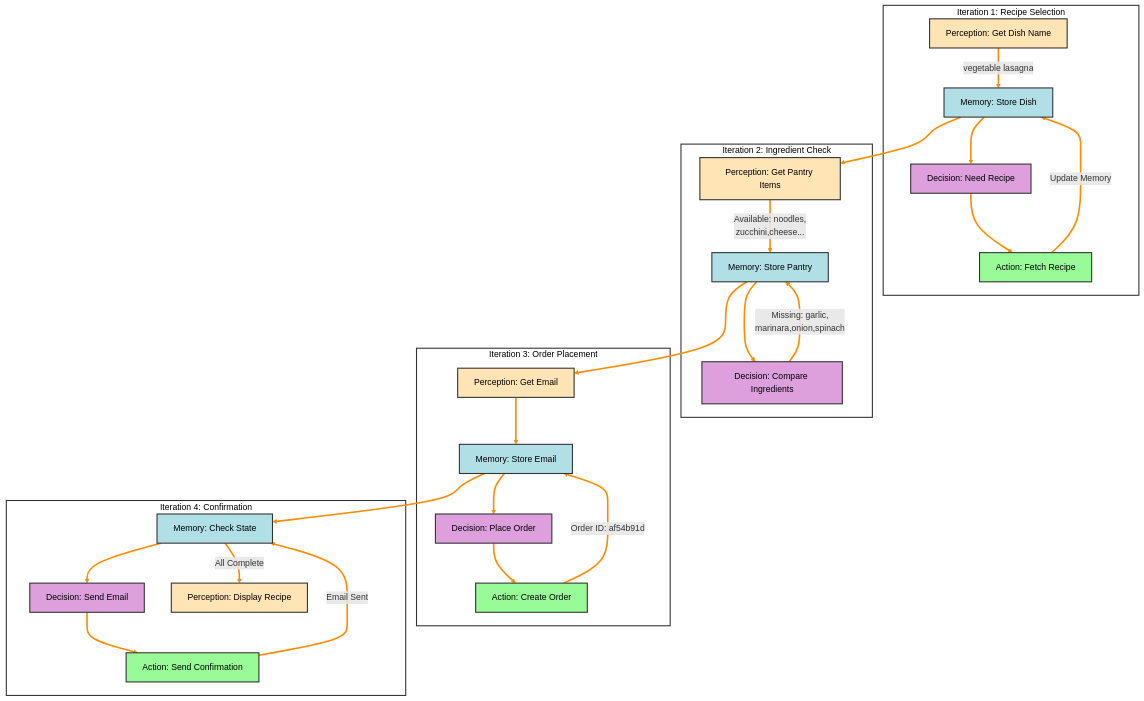
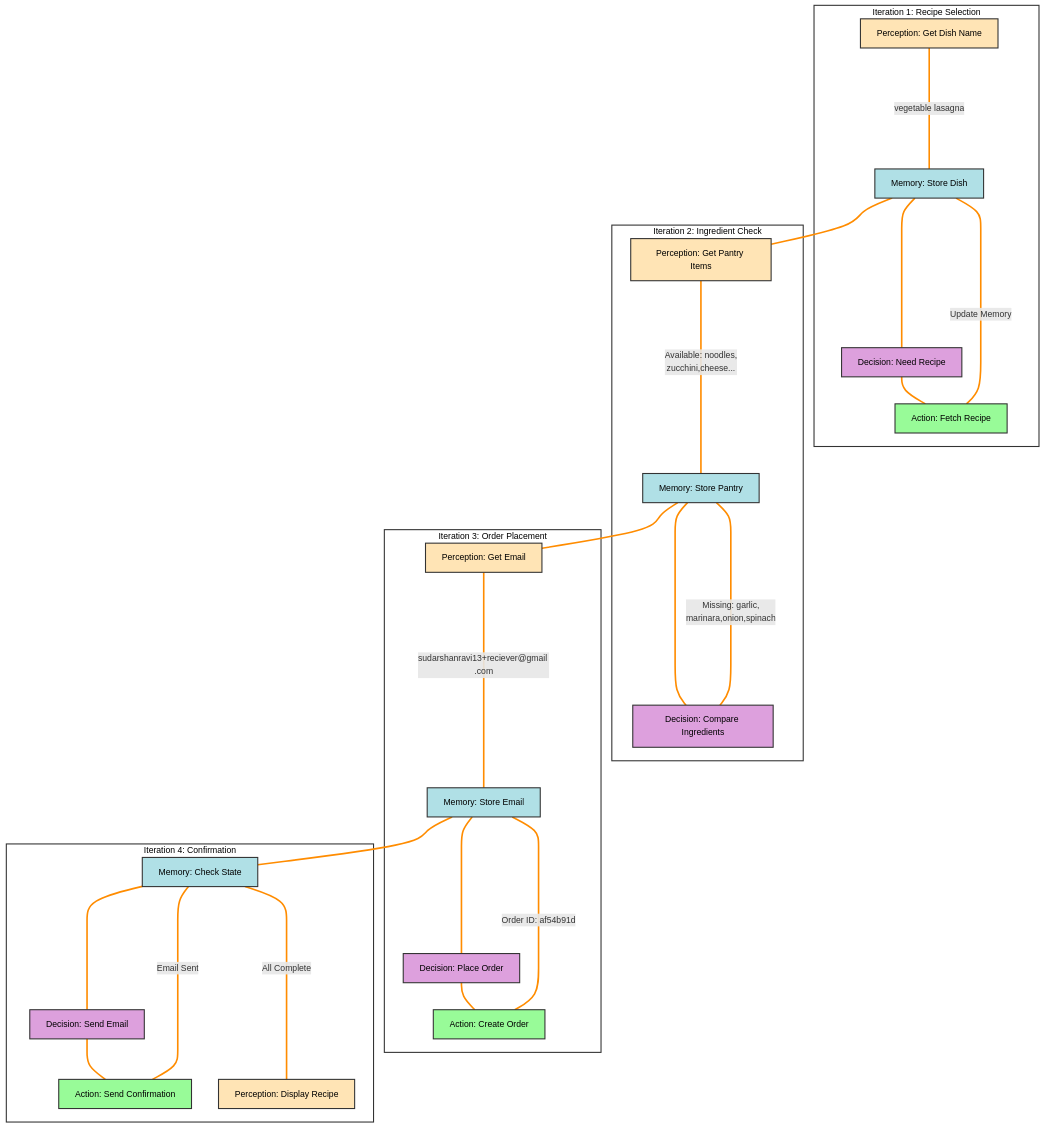
One commit to SXD390/EAG-V1-Assignment-6 changed the third of 3 diagrams in README.md. Above: the diagram before and after it, drawn with Mermaid. The commit also changed other lines of this file, not shown here.

````diff
--- a/README.md
+++ b/README.md
@@ -242,60 +129,60 @@
 ```mermaid
 graph TD
     %% Define arrow styles
     linkStyle default stroke:#ff8c00,stroke-width:3px
 
     subgraph iter1[Iteration 1: Recipe Selection]
-        P1[Perception: Get Dish Name] -->|"vegetable lasagna"| M1[Memory: Store Dish]
-        M1 --> D1[Decision: Need Recipe]
-        D1 --> A1[Action: Fetch Recipe]
-        A1 -->|"Update Memory"| M1
+        P1[Perception: Get Dish Name] ------|"vegetable lasagna"| M1[Memory: Store Dish]
+        M1 --- D1[Decision: Need Recipe]
+        D1 --- A1[Action: Fetch Recipe]
+        A1 ------|"Update Memory"| M1
     end
 
     subgraph iter2[Iteration 2: Ingredient Check]
-        P2[Perception: Get Pantry Items] -->|"Available: noodles,<br/>zucchini,cheese..."| M2[Memory: Store Pantry]
-        M2 --> D2[Decision: Compare Ingredients]
-        D2 -->|"Missing: garlic,<br/>marinara,onion,spinach"| M2
+        P2[Perception: Get Pantry Items] ------|"Available: noodles,<br/>zucchini,cheese..."| M2[Memory: Store Pantry]
+        M2 --- D2[Decision: Compare Ingredients]
+        D2 ------|"Missing: garlic,<br/>marinara,onion,spinach"| M2
     end
 
     subgraph iter3[Iteration 3: Order Placement]
-        P3[Perception: Get Email] -->|"<USER_ENTERS_EMAIL>"| M3[Memory: Store Email]
-        M3 --> D3[Decision: Place Order]
-        D3 --> A3[Action: Create Order]
-        A3 -->|"Order ID: af54b91d"| M3
+        P3[Perception: Get Email] ------|"sudarshanravi13+reciever@gmail .com"| M3[Memory: Store Email]
+        M3 --- D3[Decision: Place Order]
+        D3 --- A3[Action: Create Order]
+        A3 ------|"Order ID: af54b91d"| M3
     end
 
     subgraph iter4[Iteration 4: Confirmation]
-        M4[Memory: Check State] --> D4[Decision: Send Email]
-        D4 --> A4[Action: Send Confirmation]
-        A4 -->|"Email Sent"| M4
-        M4 -->|"All Complete"| P4[Perception: Display Recipe]
+        M4[Memory: Check State] --- D4[Decision: Send Email]
+        D4 --- A4[Action: Send Confirmation]
+        A4 ------|"Email Sent"| M4
+        M4 ------|"All Complete"| P4[Perception: Display Recipe]
     end
 
-    M1 --> P2
-    M2 --> P3
-    M3 --> M4
+    M1 --- P2
+    M2 --- P3
+    M3 --- M4
 
     style P1 fill:#ffe4b5,stroke:#333,stroke-width:2px,color:#000
     style P2 fill:#ffe4b5,stroke:#333,stroke-width:2px,color:#000
     style P3 fill:#ffe4b5,stroke:#333,stroke-width:2px,color:#000
     style P4 fill:#ffe4b5,stroke:#333,stroke-width:2px,color:#000
 
     style M1 fill:#b0e0e6,stroke:#333,stroke-width:2px,color:#000
     style M2 fill:#b0e0e6,stroke:#333,stroke-width:2px,color:#000
     style M3 fill:#b0e0e6,stroke:#333,stroke-width:2px,color:#000
     style M4 fill:#b0e0e6,stroke:#333,stroke-width:2px,color:#000
 
     style D1 fill:#dda0dd,stroke:#333,stroke-width:2px,color:#000
     style D2 fill:#dda0dd,stroke:#333,stroke-width:2px,color:#000
     style D3 fill:#dda0dd,stroke:#333,stroke-width:2px,color:#000
     style D4 fill:#dda0dd,stroke:#333,stroke-width:2px,color:#000
 
     style A1 fill:#98fb98,stroke:#333,stroke-width:2px,color:#000
     style A3 fill:#98fb98,stroke:#333,stroke-width:2px,color:#000
     style A4 fill:#98fb98,stroke:#333,stroke-width:2px,color:#000
 
     style iter1 fill:#ffffff,stroke:#333,stroke-width:2px,color:#000
     style iter2 fill:#ffffff,stroke:#333,stroke-width:2px,color:#000
     style iter3 fill:#ffffff,stroke:#333,stroke-width:2px,color:#000
     style iter4 fill:#ffffff,stroke:#333,stroke-width:2px,color:#000
 ```
````
